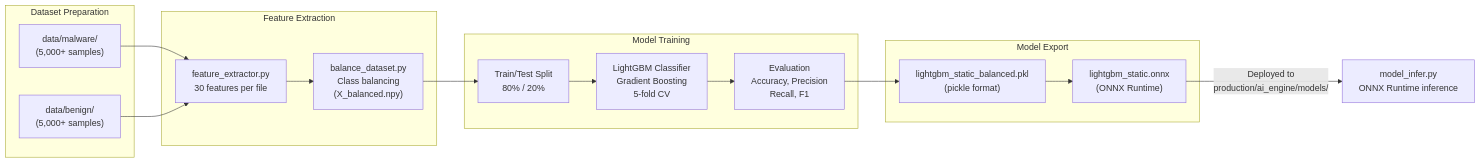
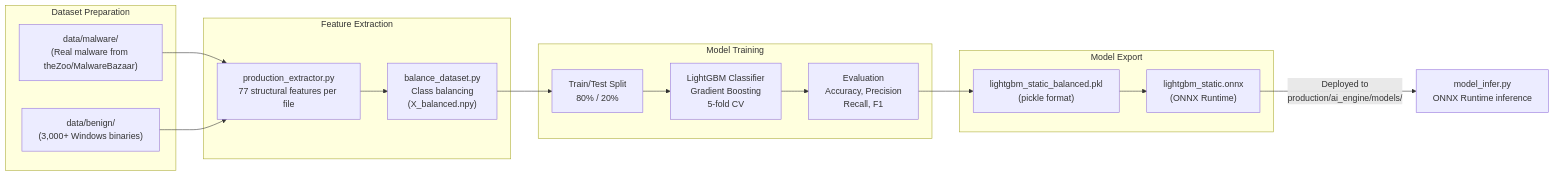
The fourth of 4 diagrams in README.md (Nandhu669/LightAV), drawn with Mermaid before and after one commit. The commit also changed other lines of this file and 21 other files, not shown here.

````diff
--- a/README.md
+++ b/README.md
@@ -294,33 +294,33 @@
 ```mermaid
 flowchart LR
     subgraph INPUT["Dataset Preparation"]
-        MAL["data/malware/\n(5,000+ samples)"]
-        BEN["data/benign/\n(5,000+ samples)"]
+        MAL["data/malware/\n(Real malware from theZoo/MalwareBazaar)"]
+        BEN["data/benign/\n(3,000+ Windows binaries)"]
     end
 
     subgraph EXTRACT["Feature Extraction"]
-        FE["feature_extractor.py\n30 features per file"]
+        FE["production_extractor.py\n77 structural features per file"]
         BAL["balance_dataset.py\nClass balancing\n(X_balanced.npy)"]
     end
 
     subgraph TRAIN["Model Training"]
         SPLIT["Train/Test Split\n80% / 20%"]
         LGB["LightGBM Classifier\nGradient Boosting\n5-fold CV"]
         EVAL["Evaluation\nAccuracy, Precision\nRecall, F1"]
     end
 
     subgraph EXPORT["Model Export"]
         PKL["lightgbm_static_balanced.pkl\n(pickle format)"]
         ONNX2["lightgbm_static.onnx\n(ONNX Runtime)"]
     end
 
     MAL --> FE
     BEN --> FE
     FE --> BAL
     BAL --> SPLIT
     SPLIT --> LGB
     LGB --> EVAL
     EVAL --> PKL
     PKL --> ONNX2
     ONNX2 -->|"Deployed to\nproduction/ai_engine/models/"| INFER["model_infer.py\nONNX Runtime inference"]
 ```
````
